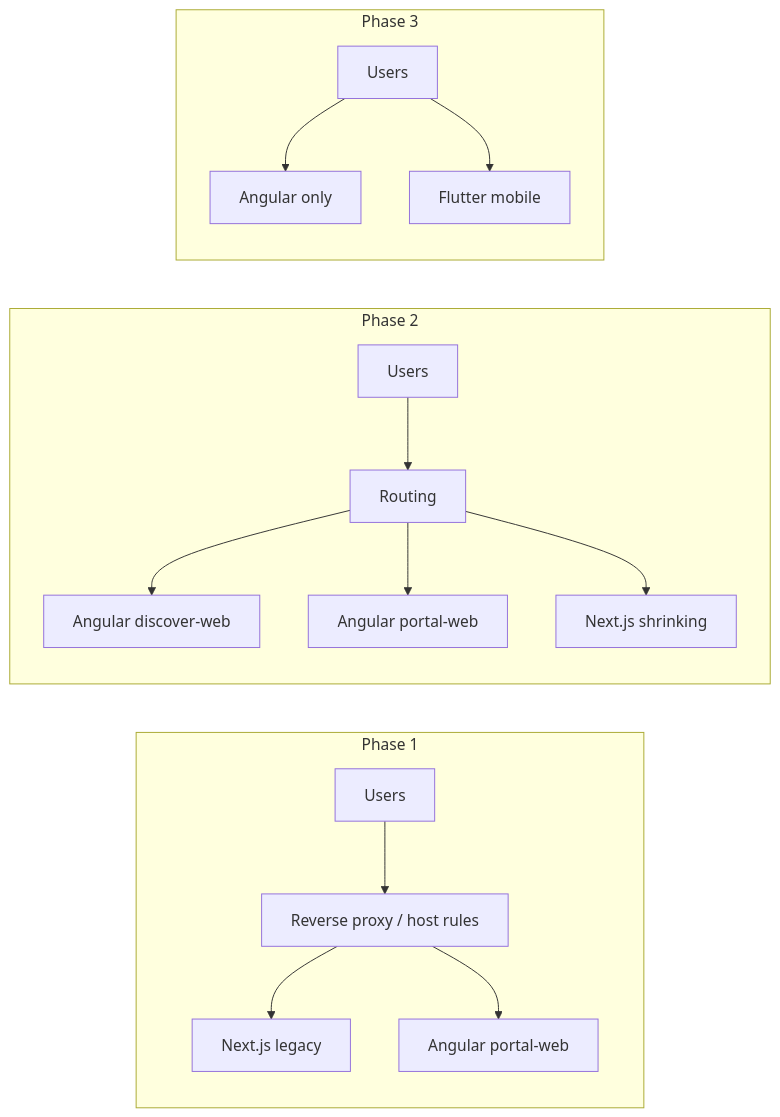
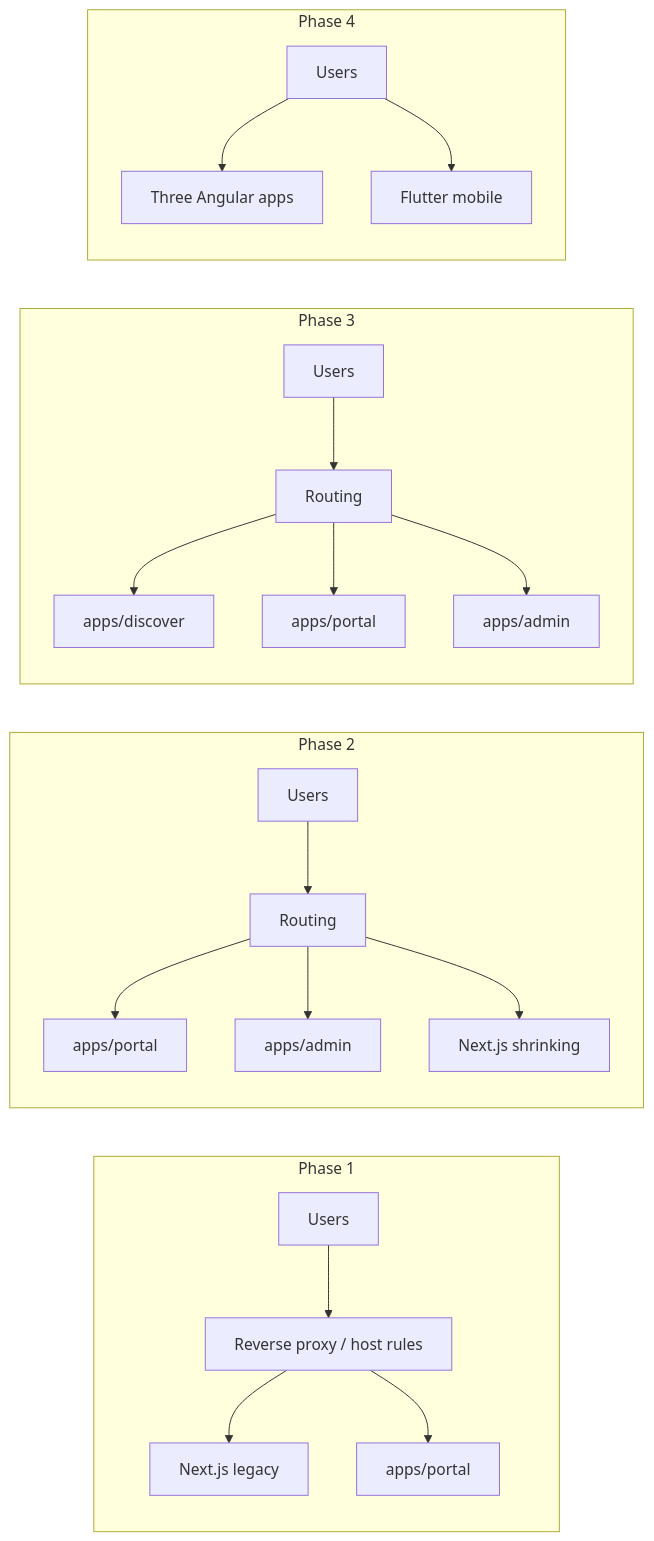
One commit to acethsol/adeni changed the diagram in docs/adr/ADR-012-angular-web-deferred-flutter.md. Above: the diagram before and after it, drawn with Mermaid. The commit also changed other lines of this file and 3 other files, not shown here.

Commit message:
docs: ADR-012 accepted — apps/discover, portal, admin

````diff
--- a/docs/adr/ADR-012-angular-web-deferred-flutter.md
+++ b/docs/adr/ADR-012-angular-web-deferred-flutter.md
@@ -50,19 +51,25 @@
 ```mermaid
 flowchart LR
   subgraph phase1 [Phase 1]
     U[Users] --> R[Reverse proxy / host rules]
     R --> N[Next.js legacy]
-    R --> A1[Angular portal-web]
+    R --> P[apps/portal]
   end
   subgraph phase2 [Phase 2]
     U2[Users] --> R2[Routing]
-    R2 --> A2[Angular discover-web]
-    R2 --> A1b[Angular portal-web]
+    R2 --> P2[apps/portal]
+    R2 --> AD[apps/admin]
     R2 --> N2[Next.js shrinking]
   end
   subgraph phase3 [Phase 3]
-    U3[Users] --> ANG[Angular only]
+    U3[Users] --> R3[Routing]
+    R3 --> D[apps/discover]
+    R3 --> P3[apps/portal]
+    R3 --> AD2[apps/admin]
+  end
+  subgraph phase4 [Phase 4]
+    U4[Users] --> ANG[Three Angular apps]
     FL[Flutter mobile]
-    U3 --> FL
+    U4 --> FL
   end
 ```
````
